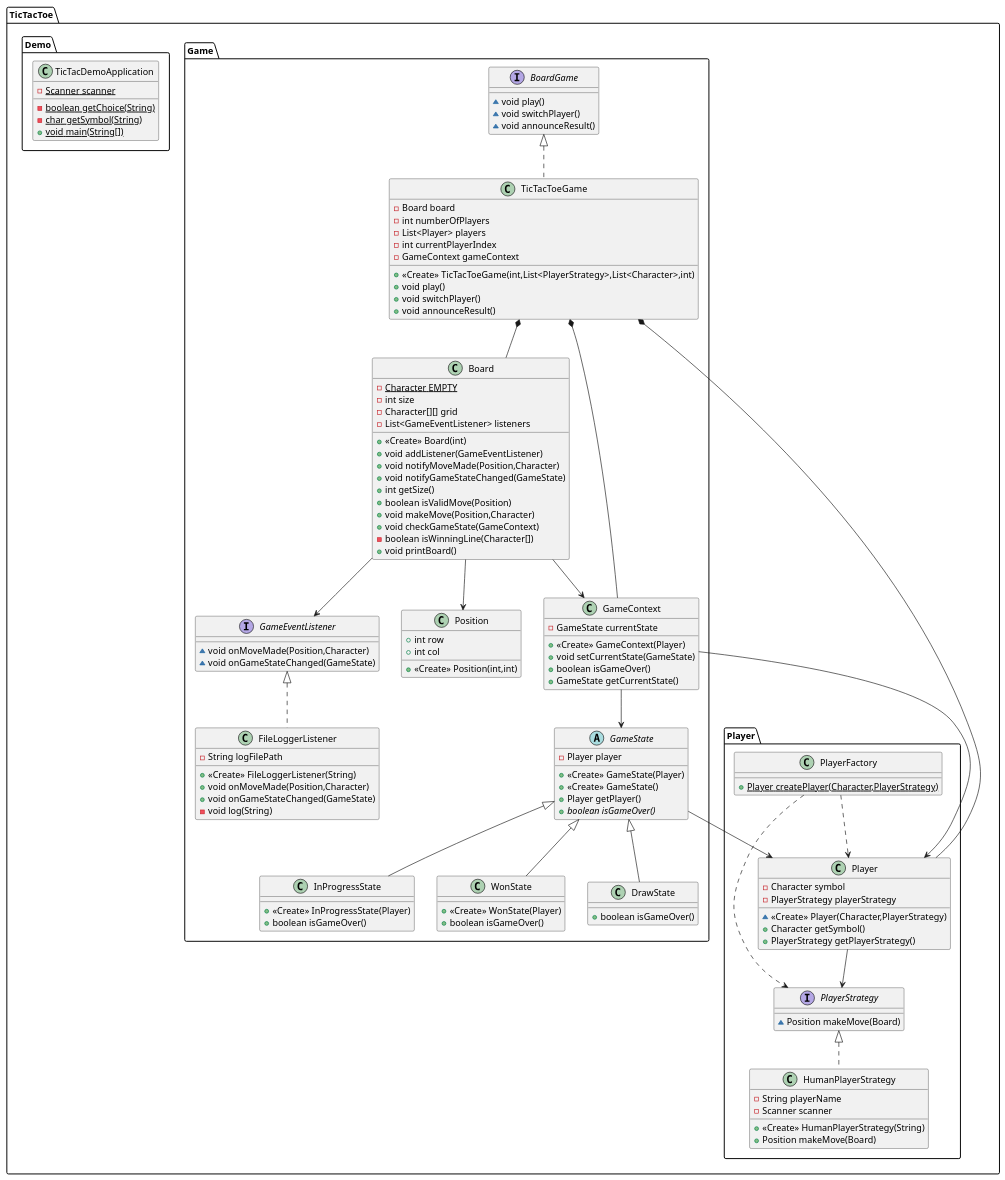
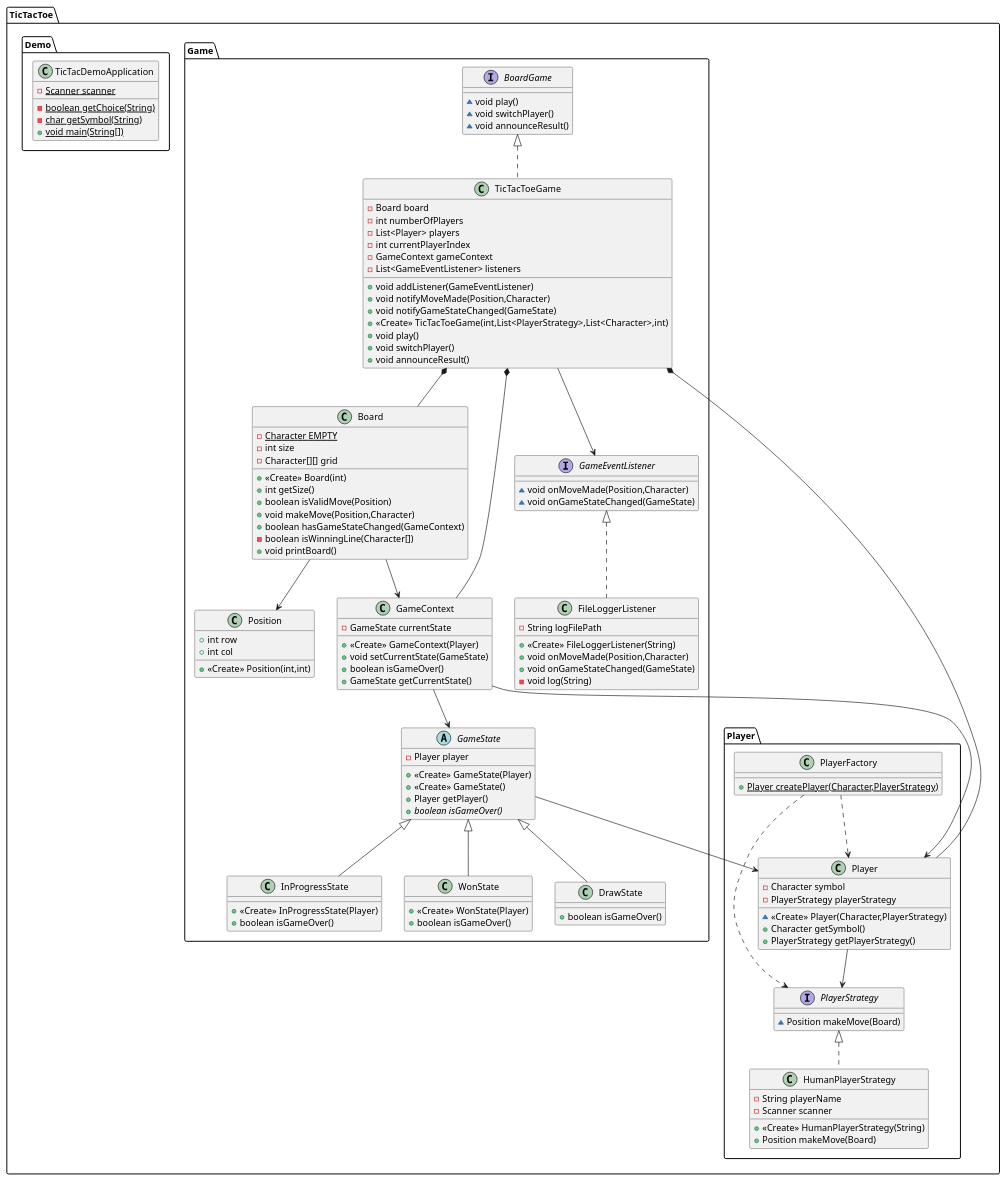
One commit to bhawnajoshi1304/LLD changed the diagram in TicTacToe/UMLDiagram.puml. Above: the diagram before and after it, drawn with PlantUML. The commit also changed 2 other files, not shown here.

```diff
--- a/TicTacToe/UMLDiagram.puml
+++ b/TicTacToe/UMLDiagram.puml
@@ -1,154 +1,154 @@
 @startuml
 interface TicTacToe.Game.BoardGame {
 ~ void play()
 ~ void switchPlayer()
 ~ void announceResult()
 }
 
 class TicTacToe.Game.GameContext {
 - GameState currentState
 + <<Create>> GameContext(Player)
 + void setCurrentState(GameState)
 + boolean isGameOver()
 + GameState getCurrentState()
 }
 
 
 class TicTacToe.Player.Player {
 - Character symbol
 - PlayerStrategy playerStrategy
 ~ <<Create>> Player(Character,PlayerStrategy)
 + Character getSymbol()
 + PlayerStrategy getPlayerStrategy()
 }
 
 
 class TicTacToe.Demo.TicTacDemoApplication {
 - {static} Scanner scanner
 - {static} boolean getChoice(String)
 - {static} char getSymbol(String)
 + {static} void main(String[])
 }
 
 
 abstract class TicTacToe.Game.GameState {
 - Player player
 + <<Create>> GameState(Player)
 + <<Create>> GameState()
 + Player getPlayer()
 + {abstract}boolean isGameOver()
 }
 
 
 interface TicTacToe.Game.GameEventListener {
 ~ void onMoveMade(Position,Character)
 ~ void onGameStateChanged(GameState)
 }
 
 class TicTacToe.Game.Board {
 - {static} Character EMPTY
 - int size
 - Character[][] grid
-- List<GameEventListener> listeners
 + <<Create>> Board(int)
-+ void addListener(GameEventListener)
-+ void notifyMoveMade(Position,Character)
-+ void notifyGameStateChanged(GameState)
 + int getSize()
 + boolean isValidMove(Position)
 + void makeMove(Position,Character)
-+ void checkGameState(GameContext)
++ boolean hasGameStateChanged(GameContext)
 - boolean isWinningLine(Character[])
 + void printBoard()
 }
 
 
 class TicTacToe.Game.DrawState {
 + boolean isGameOver()
 }
 
 class TicTacToe.Game.TicTacToeGame {
 - Board board
 - int numberOfPlayers
 - List<Player> players
 - int currentPlayerIndex
 - GameContext gameContext
+- List<GameEventListener> listeners
++ void addListener(GameEventListener)
++ void notifyMoveMade(Position,Character)
++ void notifyGameStateChanged(GameState)
 + <<Create>> TicTacToeGame(int,List<PlayerStrategy>,List<Character>,int)
 + void play()
 + void switchPlayer()
 + void announceResult()
 }
 
 
 class TicTacToe.Game.InProgressState {
 + <<Create>> InProgressState(Player)
 + boolean isGameOver()
 }
 
 interface TicTacToe.Player.PlayerStrategy {
 ~ Position makeMove(Board)
 }
 
 class TicTacToe.Player.HumanPlayerStrategy {
 - String playerName
 - Scanner scanner
 + <<Create>> HumanPlayerStrategy(String)
 + Position makeMove(Board)
 }
 
 
 class TicTacToe.Game.FileLoggerListener {
 - String logFilePath
 + <<Create>> FileLoggerListener(String)
 + void onMoveMade(Position,Character)
 + void onGameStateChanged(GameState)
 - void log(String)
 }
 
 
 class TicTacToe.Game.Position {
 + int row
 + int col
 + <<Create>> Position(int,int)
 }
 
 
 class TicTacToe.Game.WonState {
 + <<Create>> WonState(Player)
 + boolean isGameOver()
 }
 
 class TicTacToe.Player.PlayerFactory {
 + {static} Player createPlayer(Character,PlayerStrategy)
 }
 
 ' ========= INHERITANCE =========
 TicTacToe.Game.GameState <|-- TicTacToe.Game.DrawState
 TicTacToe.Game.GameState <|-- TicTacToe.Game.InProgressState
 TicTacToe.Game.GameState <|-- TicTacToe.Game.WonState
 TicTacToe.Game.BoardGame <|.. TicTacToe.Game.TicTacToeGame
 TicTacToe.Player.PlayerStrategy <|.. TicTacToe.Player.HumanPlayerStrategy
 TicTacToe.Game.GameEventListener <|.. TicTacToe.Game.FileLoggerListener
 
 ' ========= COMPOSITION =========
 TicTacToe.Game.TicTacToeGame *-- TicTacToe.Game.Board
 TicTacToe.Game.TicTacToeGame *-- TicTacToe.Game.GameContext
 TicTacToe.Game.TicTacToeGame *-- TicTacToe.Player.Player
 
 ' ========= ASSOCIATION =========
 TicTacToe.Game.GameContext --> TicTacToe.Game.GameState
 TicTacToe.Game.GameContext --> TicTacToe.Player.Player
 TicTacToe.Game.GameState --> TicTacToe.Player.Player
 TicTacToe.Player.Player --> TicTacToe.Player.PlayerStrategy
-TicTacToe.Game.Board --> TicTacToe.Game.GameEventListener
+TicTacToe.Game.TicTacToeGame --> TicTacToe.Game.GameEventListener
 TicTacToe.Game.Board --> TicTacToe.Game.Position
 TicTacToe.Game.Board --> TicTacToe.Game.GameContext
 'TicTacToe.Game.Board --> TicTacToe.Player.Player
 'TicTacToe.Game.FileLoggerListener --> TicTacToe.Game.Position
 'TicTacToe.Game.FileLoggerListener --> TicTacToe.Game.GameState
 
 ' ========= DEPENDENCY =========
 TicTacToe.Player.PlayerFactory ..> TicTacToe.Player.Player
 TicTacToe.Player.PlayerFactory ..> TicTacToe.Player.PlayerStrategy
 
 @enduml
```
